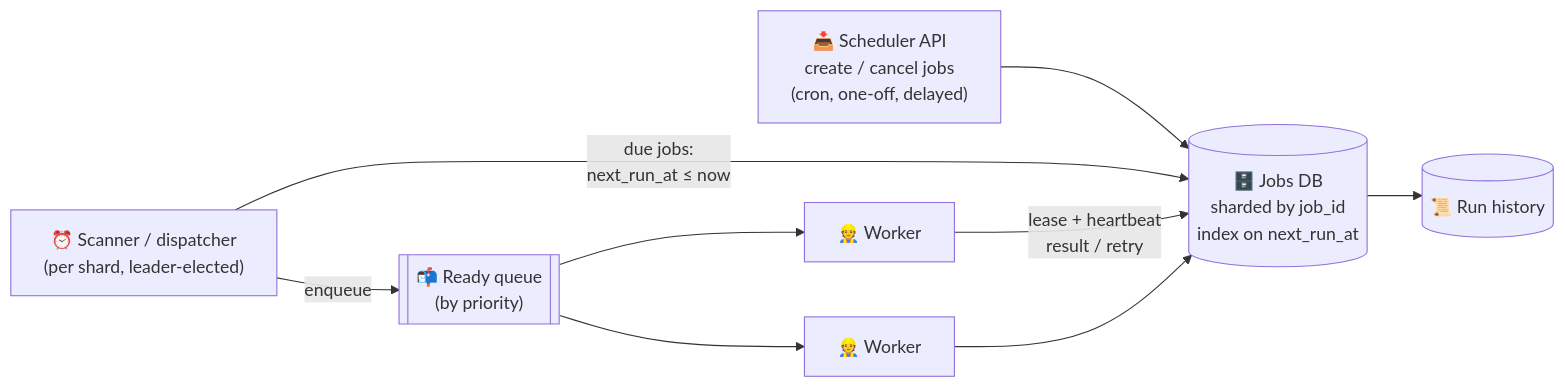
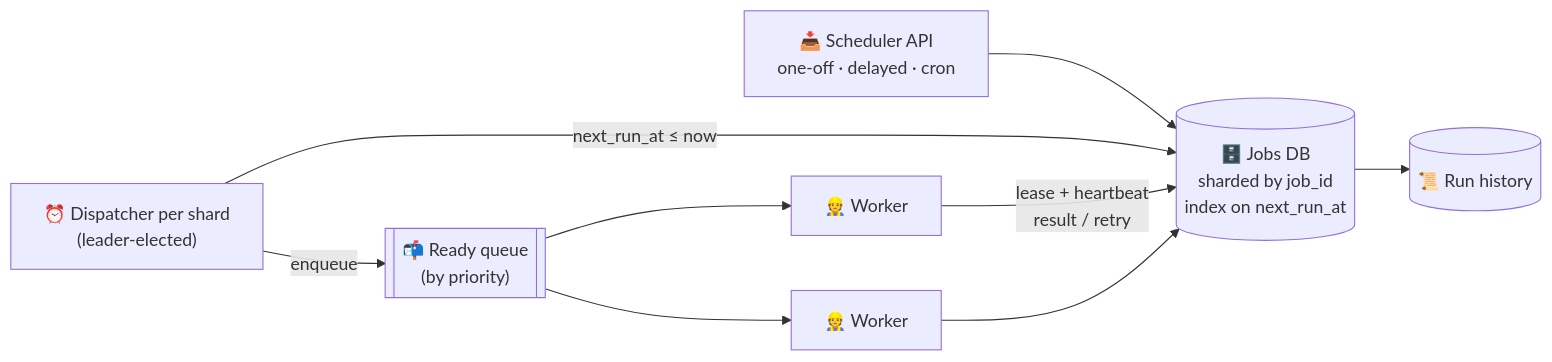
One commit to winnyboy5/System-Design-from-Atoms changed the diagram in phases/11-advanced-designs/097-design-job-scheduler.md. Above: the diagram before and after it, drawn with Mermaid. The commit also changed other lines of this file and 15 other files, not shown here.

````diff
--- a/phases/11-advanced-designs/097-design-job-scheduler.md
+++ b/phases/11-advanced-designs/097-design-job-scheduler.md
@@ -30,11 +38,11 @@
 ```mermaid
 flowchart LR
-    API["📥 Scheduler API<br/>create / cancel jobs<br/>(cron, one-off, delayed)"] --> JDB[("🗄️ Jobs DB<br/>sharded by job_id<br/>index on next_run_at")]
-    SC["⏰ Scanner / dispatcher<br/>(per shard, leader-elected)"] -->|"due jobs:<br/>next_run_at ≤ now"| JDB
+    API["📥 Scheduler API<br/>one-off · delayed · cron"] --> JDB[("🗄️ Jobs DB<br/>sharded by job_id<br/>index on next_run_at")]
+    SC["⏰ Dispatcher per shard<br/>(leader-elected)"] -->|"next_run_at ≤ now"| JDB
     SC -->|"enqueue"| Q[["📬 Ready queue<br/>(by priority)"]]
     Q --> W1["👷 Worker"]
     Q --> W2["👷 Worker"]
     W1 -->|"lease + heartbeat<br/>result / retry"| JDB
     W2 --> JDB
     JDB --> HIST[("📜 Run history")]
 ```
````
